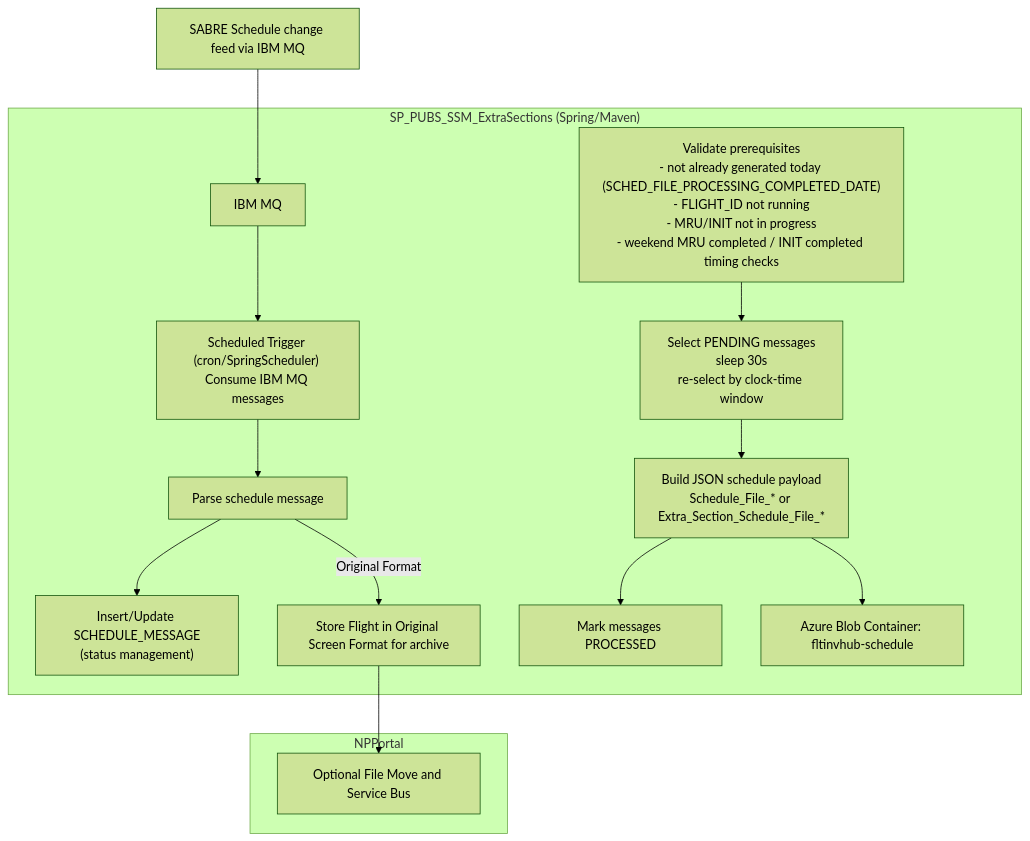
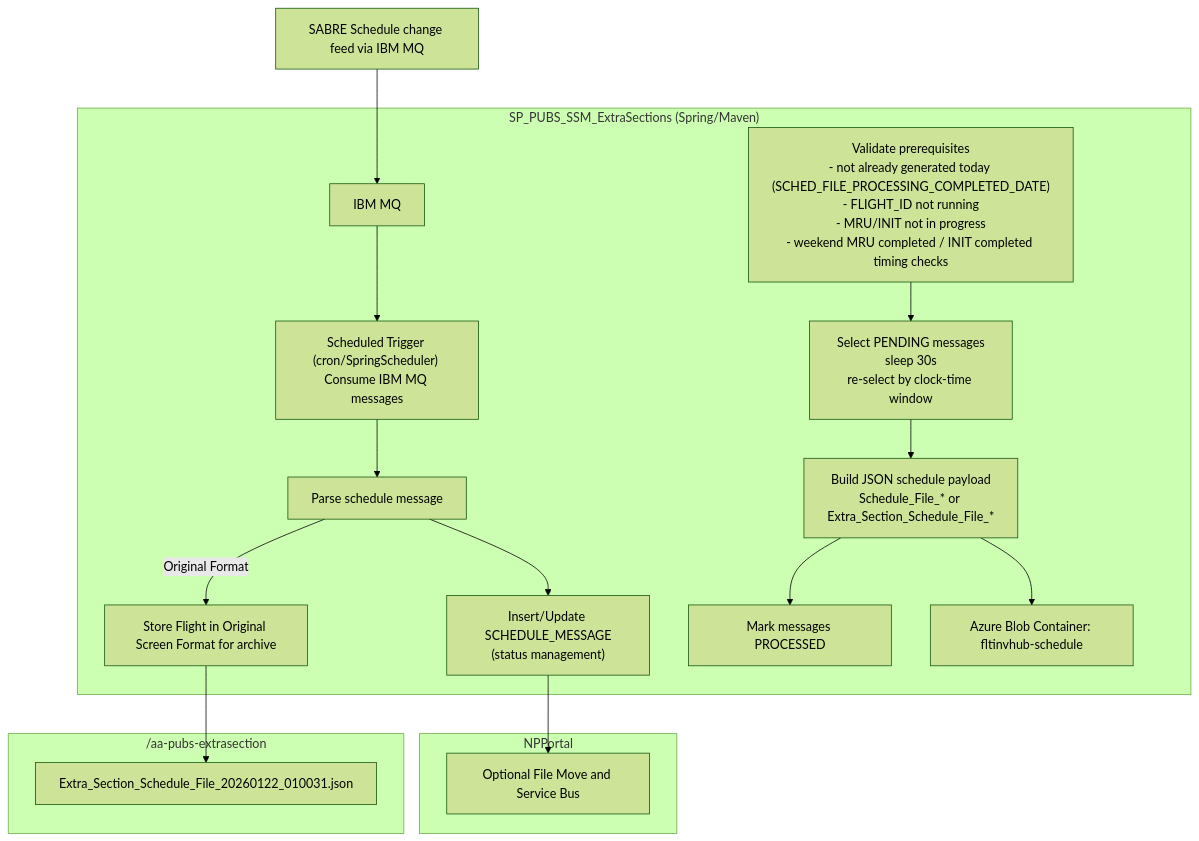
Before and after one commit to GarrenBagley366/SP_PUBS_SSM_ExtraSections: the diagram in README.md, drawn with Mermaid (forest theme).

Commit message:
Add extra section to README diagram

````diff
--- a/README.md
+++ b/README.md
@@ -10,30 +10,35 @@
 ```mermaid
 flowchart TD
   %% Sources
   SABRE["SABRE Schedule change feed via IBM MQ"] --> MQ["IBM MQ"]
 
   %% Generator
   subgraph GEN["SP_PUBS_SSM_ExtraSections (Spring/Maven)"]
     MQ --> G1["Scheduled Trigger (cron/SpringScheduler) Consume IBM MQ messages"]
     G1 --> G2["Parse schedule message"]
     click G2 href "https://github.com/AAInternal/FltInvhub_Schedule_FileProcessor/wiki/File-Processor-Business-Rules"
     G2 --> G3["Insert/Update SCHEDULE_MESSAGE<br/>(status management)"]
     G2 -->|Original Format| G4["Store Flight in Original Screen Format for archive<br/>"]
     
 
 G6["Validate prerequisites<br/>- not already generated today (SCHED_FILE_PROCESSING_COMPLETED_DATE)<br/>- FLIGHT_ID not running<br/>- MRU/INIT not in progress<br/>- weekend MRU completed / INIT completed timing checks"]
     G6 --> G7["Select PENDING messages<br/>sleep 30s<br/>re-select by clock-time window"]
     G7 --> G8["Build JSON schedule payload<br/>Schedule_File_* or Extra_Section_Schedule_File_*"]
     G8 --> G9["Mark messages PROCESSED"]
     G8 --> BLOB_IN["Azure Blob Container: fltinvhub-schedule"]
   end
 
   %% Message Bus
   subgraph NPPortal
     SB["Optional File Move and Service Bus"]
   end
 
+  subgraph DIR["/aa-pubs-extrasection"]
+    FA["Extra_Section_Schedule_File_20260122_010031.json"]
+  end
+
   %% Edges
-  G4 --> SB
+  G3 --> SB
+  G4 --> FA
 
 ```
````
